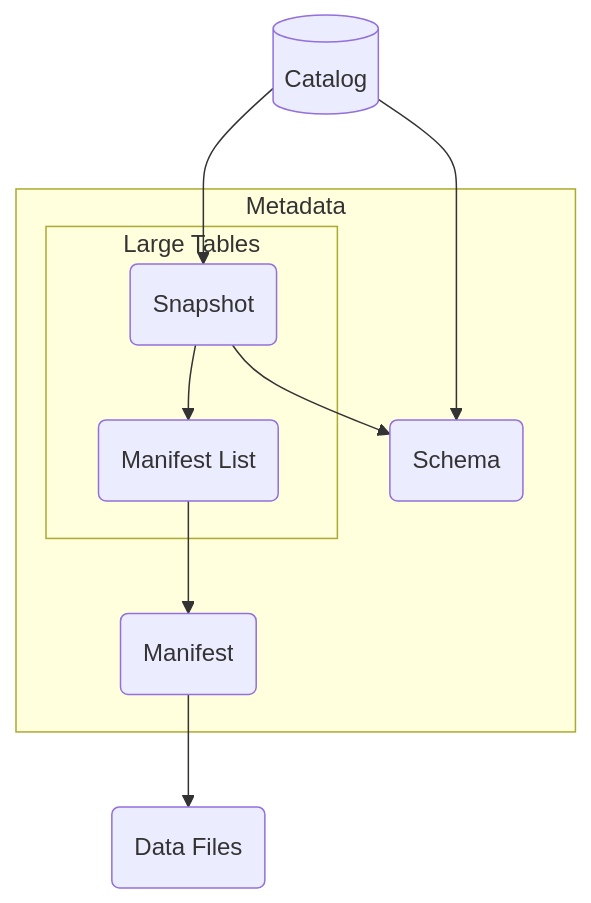
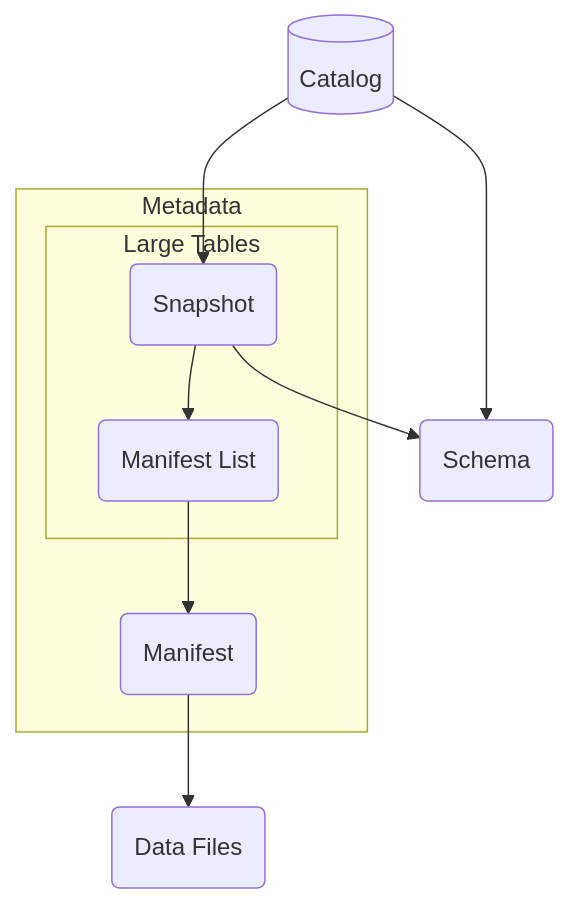
One commit to mabel-dev/tarchia changed the diagram in README.md. Above: the diagram before and after it, drawn with Mermaid.

```diff
--- a/README.md
+++ b/README.md
@@ -35,13 +35,13 @@
 ~~~mermaid
 flowchart TD
     CATALOG[(Catalog)] --> SNAPSHOT(Snapshot)
     CATALOG  --> SCHEMA(Schema)
     subgraph Metadata 
-        SNAPSHOT --> SCHEMA
         subgraph Large Tables
             SNAPSHOT --> MAN_LIST(Manifest List)
         end
         MAN_LIST --> MANIFEST(Manifest)
     end
+    SNAPSHOT --> SCHEMA
     MANIFEST --> DATA(Data Files)
 ~~~
```
